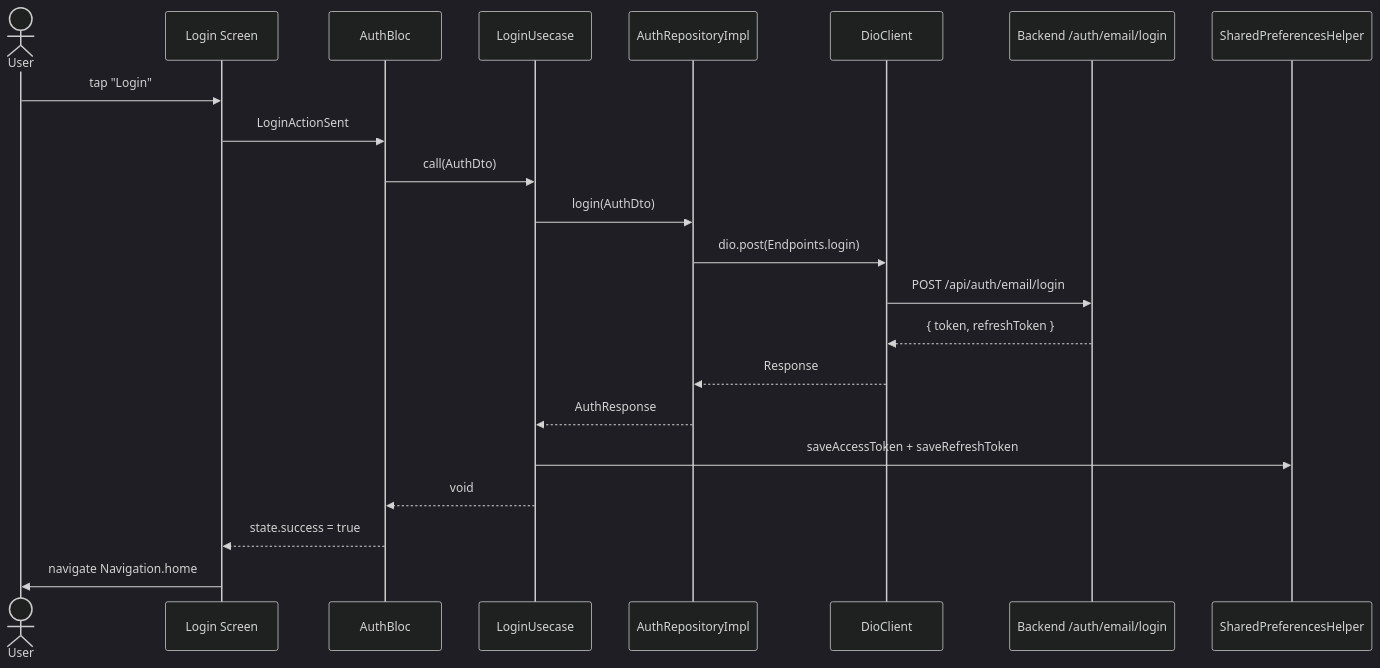
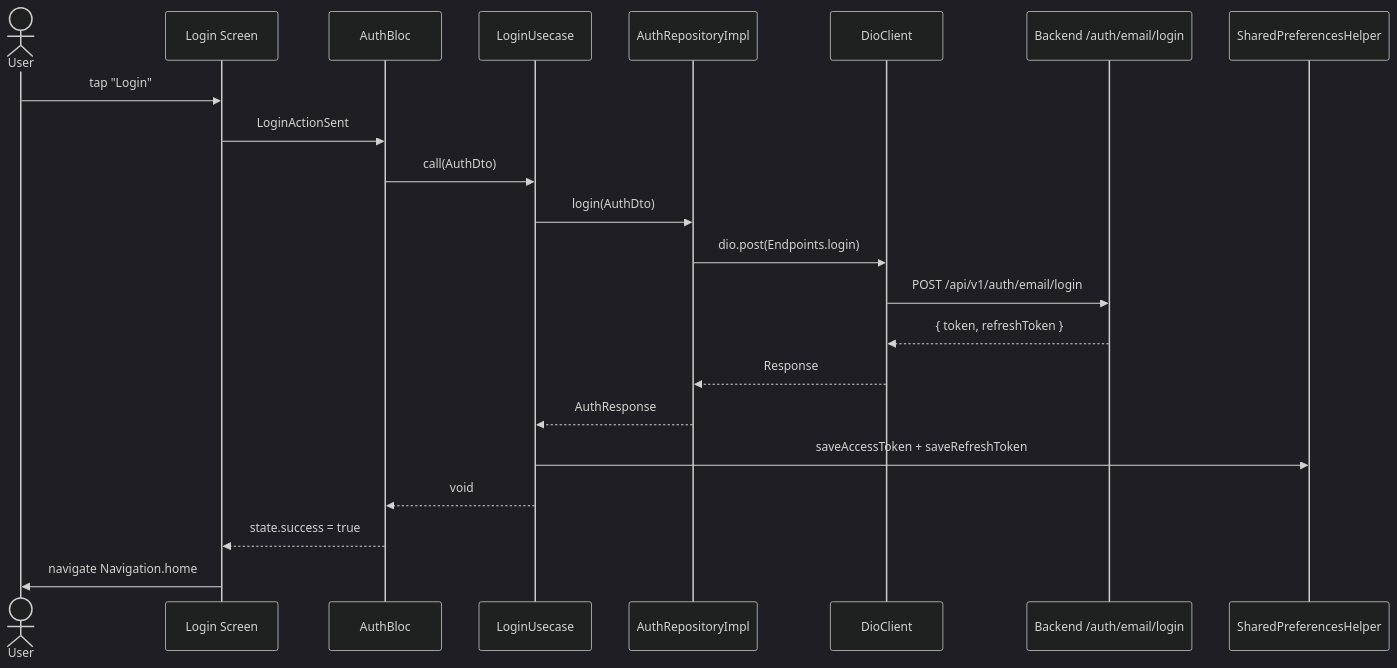
One commit to blitzy-public-samples/pantry-chef-traditional changed the diagram in mobile/lib/features/authentication/README.md. Above: the diagram before and after it, drawn with Mermaid (dark theme). The commit also changed other lines of this file and 60 other files, not shown here.

````diff
--- a/mobile/lib/features/authentication/README.md
+++ b/mobile/lib/features/authentication/README.md
@@ -93,24 +93,24 @@
 ```mermaid
 sequenceDiagram
     actor User
     participant Login as Login Screen
     participant Bloc as AuthBloc
     participant UC as LoginUsecase
     participant Repo as AuthRepositoryImpl
     participant Dio as DioClient
     participant API as Backend /auth/email/login
     participant Prefs as SharedPreferencesHelper
     User->>Login: tap "Login"
     Login->>Bloc: LoginActionSent
     Bloc->>UC: call(AuthDto)
     UC->>Repo: login(AuthDto)
     Repo->>Dio: dio.post(Endpoints.login)
-    Dio->>API: POST /api/auth/email/login
+    Dio->>API: POST /api/v1/auth/email/login
     API-->>Dio: { token, refreshToken }
     Dio-->>Repo: Response
     Repo-->>UC: AuthResponse
     UC->>Prefs: saveAccessToken + saveRefreshToken
     UC-->>Bloc: void
     Bloc-->>Login: state.success = true
     Login->>User: navigate Navigation.home
 ```
````
